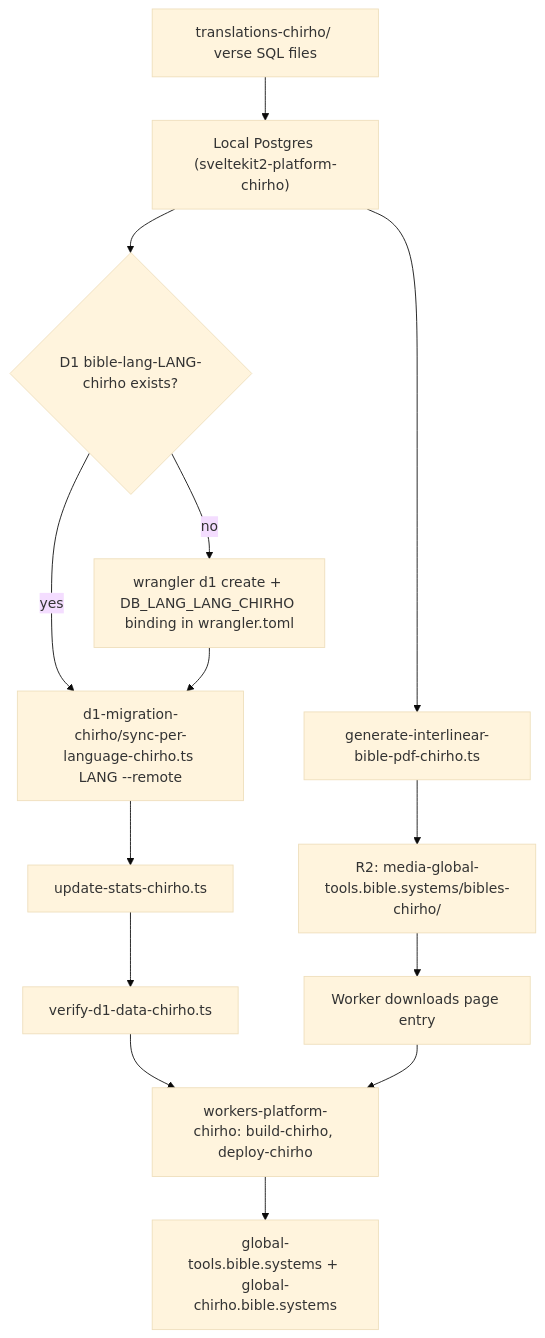
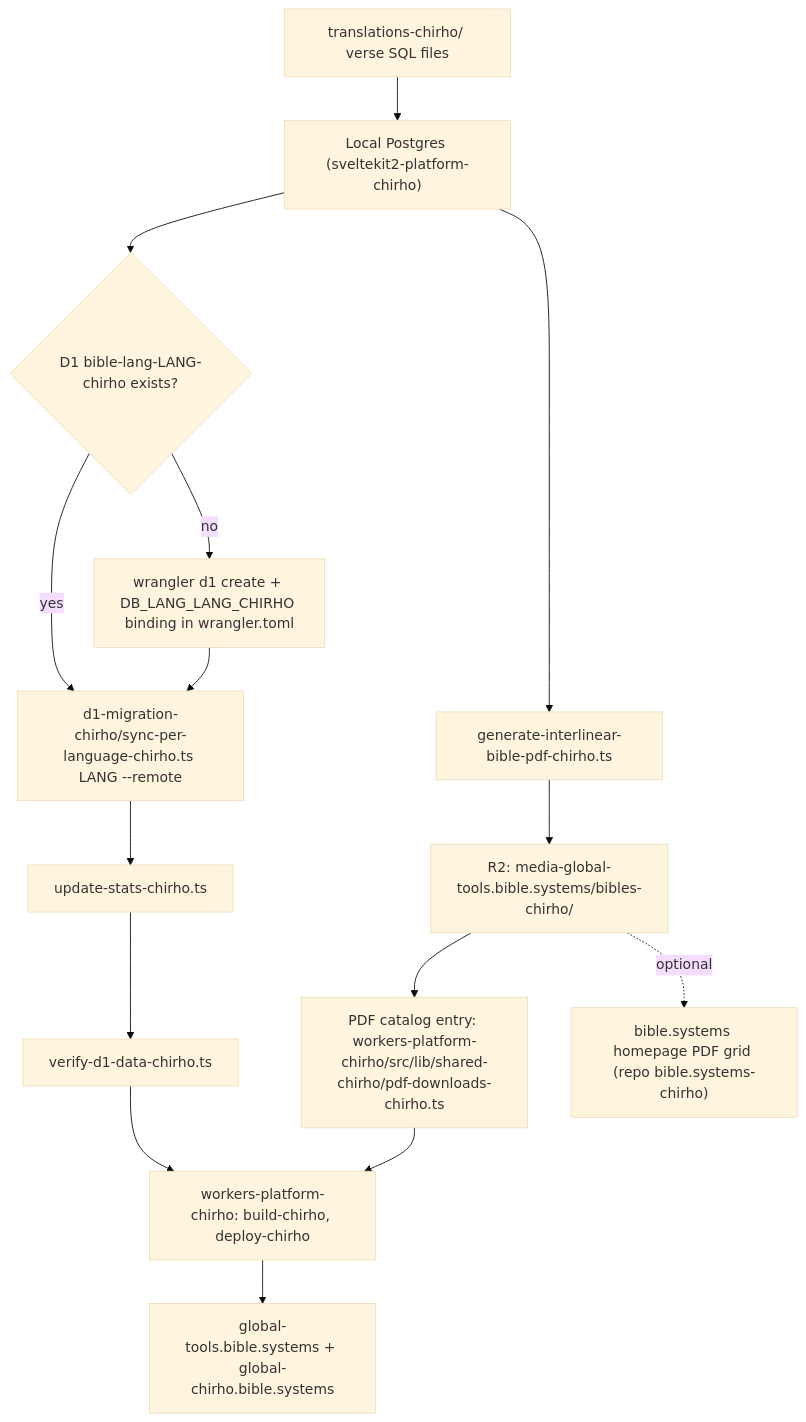
The diagram in spec-chirho/workflows-chirho/publish-to-worker-chirho.md (loveJesus/global-bible-tools-platform-chirho), drawn with Mermaid (base theme) before and after one commit. The commit also changed other lines of this file and 5 other files, not shown here.

First line of the commit message:
Point the Worker's language-page PDF buttons at R2; share one PDF catalog

````diff
--- a/spec-chirho/workflows-chirho/publish-to-worker-chirho.md
+++ b/spec-chirho/workflows-chirho/publish-to-worker-chirho.md
@@ -12,16 +12,17 @@
 ```mermaid
 flowchart TD
   sql_chirho["translations-chirho/ verse SQL files"] --> pg_chirho["Local Postgres (sveltekit2-platform-chirho)"]
   pg_chirho --> pdf_chirho["generate-interlinear-bible-pdf-chirho.ts"]
   pdf_chirho --> r2_chirho["R2: media-global-tools.bible.systems/bibles-chirho/"]
   pg_chirho --> exists_chirho{"D1 bible-lang-LANG-chirho exists?"}
   exists_chirho -- no --> create_chirho["wrangler d1 create + DB_LANG_LANG_CHIRHO binding in wrangler.toml"]
   exists_chirho -- yes --> sync_chirho
   create_chirho --> sync_chirho["d1-migration-chirho/sync-per-language-chirho.ts LANG --remote"]
   sync_chirho --> stats_chirho["update-stats-chirho.ts"]
   stats_chirho --> verify_chirho["verify-d1-data-chirho.ts"]
-  r2_chirho --> downloads_chirho["Worker downloads page entry"]
+  r2_chirho --> catalog_chirho["PDF catalog entry: workers-platform-chirho/src/lib/shared-chirho/pdf-downloads-chirho.ts"]
   verify_chirho --> deploy_chirho["workers-platform-chirho: build-chirho, deploy-chirho"]
-  downloads_chirho --> deploy_chirho
+  catalog_chirho --> deploy_chirho
   deploy_chirho --> live_chirho["global-tools.bible.systems + global-chirho.bible.systems"]
+  r2_chirho -. optional .-> home_chirho["bible.systems homepage PDF grid (repo bible.systems-chirho)"]
 ```
````
